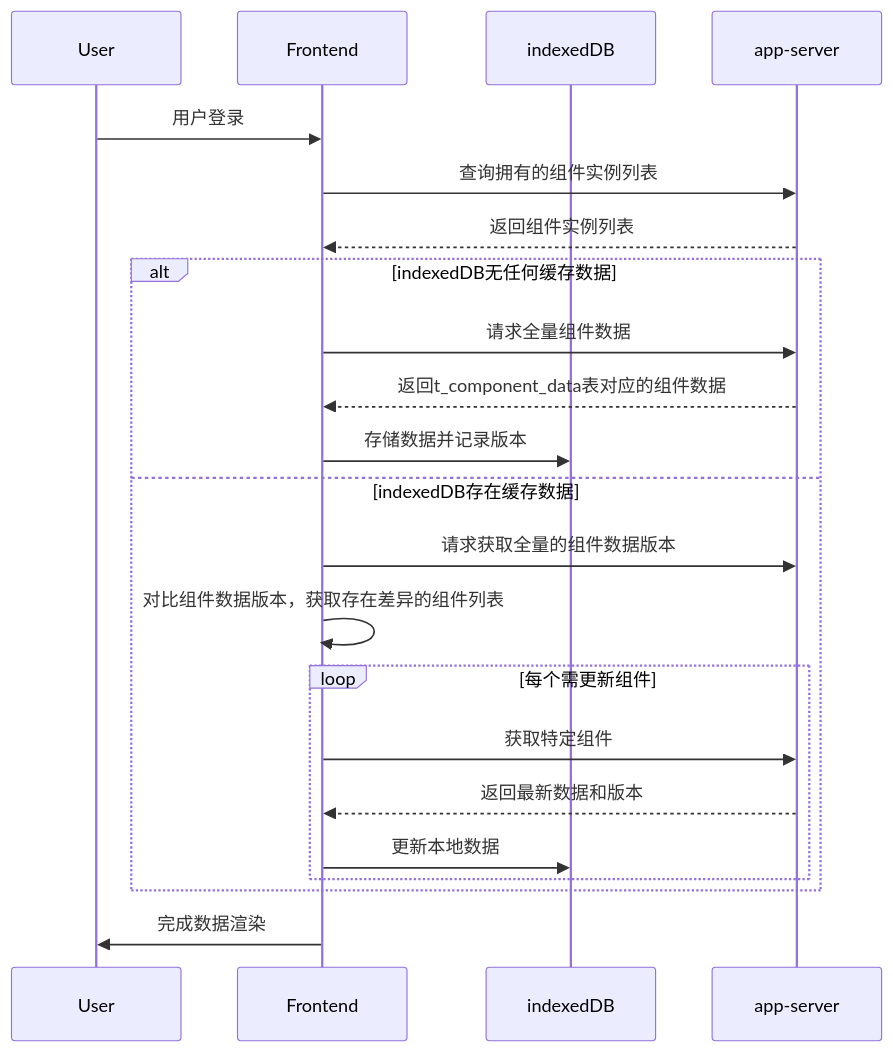
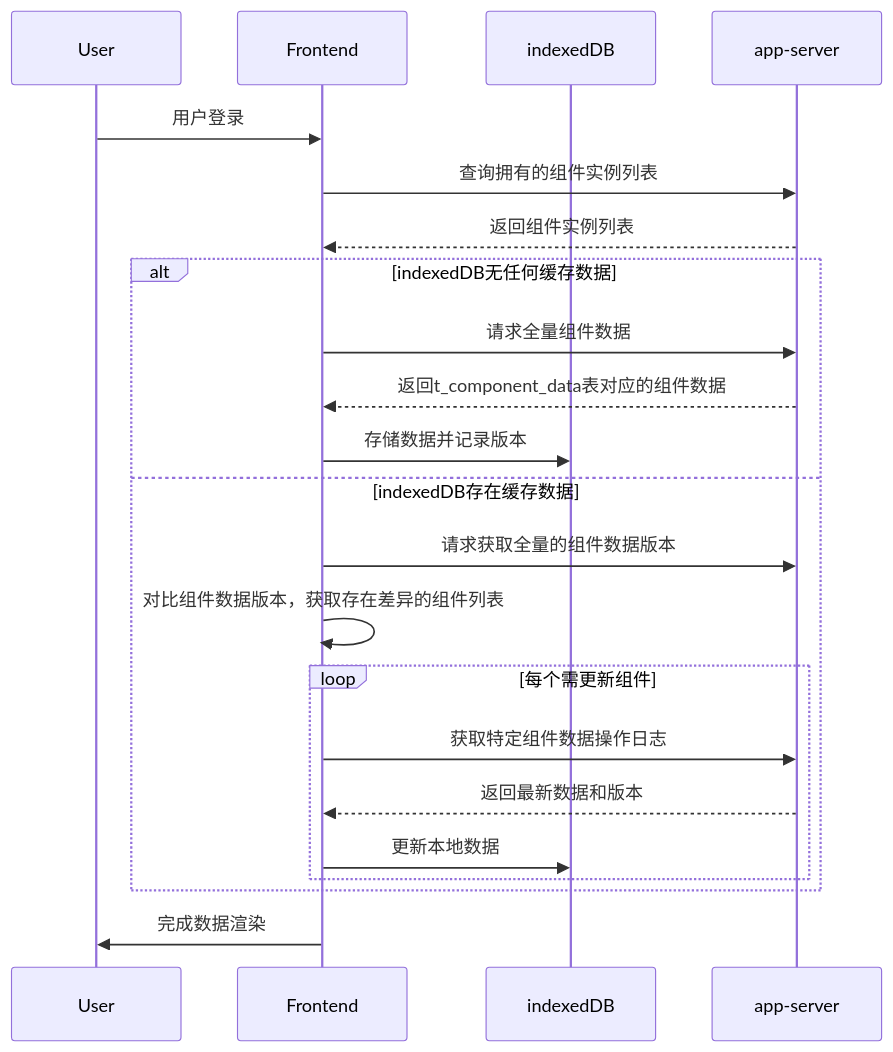
The diagram in all/未命名-25.md (yingjianzh/iodraw-files), drawn with Mermaid before and after one commit.

Commit message:
2025-02-25 10:52:19 update

````diff
--- a/all/未命名-25.md
+++ b/all/未命名-25.md
@@ -1,29 +1,29 @@
 ```mermaid
 
 sequenceDiagram
     participant User
     participant Frontend
     participant indexedDB
     participant app-server
 
 
     User->>Frontend: 用户登录
     Frontend->>app-server: 查询拥有的组件实例列表
     app-server-->>Frontend: 返回组件实例列表
     
     alt indexedDB无任何缓存数据
         Frontend->>app-server: 请求全量组件数据
         app-server-->>Frontend: 返回t_component_data表对应的组件数据
         Frontend->>indexedDB: 存储数据并记录版本
     else indexedDB存在缓存数据
         Frontend->>app-server: 请求获取全量的组件数据版本
         Frontend->>Frontend: 对比组件数据版本，获取存在差异的组件列表
         loop 每个需更新组件
-            Frontend->>app-server: 获取特定组件
+            Frontend->>app-server: 获取特定组件数据操作日志
             app-server-->>Frontend: 返回最新数据和版本
             Frontend->>indexedDB: 更新本地数据
         end
     end
     Frontend->>User: 完成数据渲染
 
 ```
````
